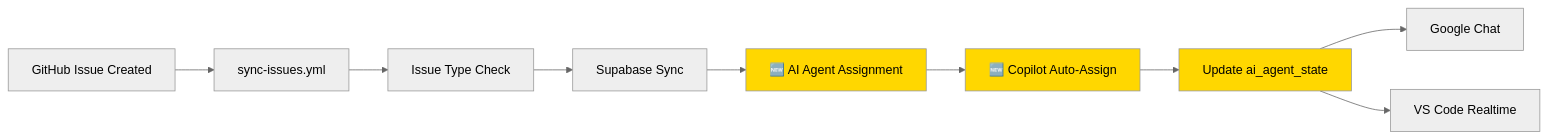
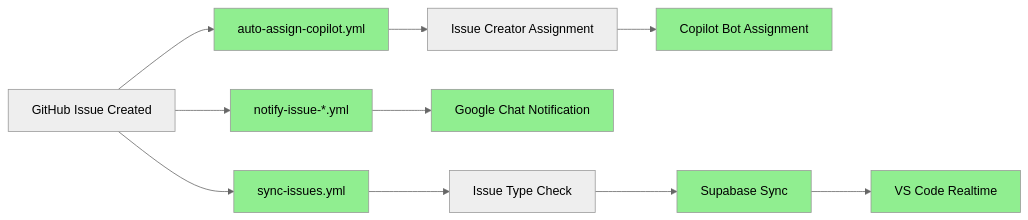
Before and after one commit to kenichimiyata/ai-automation-docs: the diagram in docs/workflow-architecture.md, drawn with Mermaid (neutral theme). The commit also changed other lines of this file, not shown here.

Commit message:
📝 Update workflow-architecture: Add workflow-status-check.yml

````diff
--- a/docs/workflow-architecture.md
+++ b/docs/workflow-architecture.md
@@ -190,15 +223,22 @@
 ```mermaid
 graph LR
-    A[GitHub Issue Created] --> B[sync-issues.yml]
-    B --> C[Issue Type Check]
-    C --> D[Supabase Sync]
-    D --> E[🆕 AI Agent Assignment]
-    E --> F[🆕 Copilot Auto-Assign]
-    F --> G[Update ai_agent_state]
-    G --> H[Google Chat]
-    G --> I[VS Code Realtime]
+    A[GitHub Issue Created] --> B[auto-assign-copilot.yml]
+    B --> C[Issue Creator Assignment]
+    C --> D[Copilot Bot Assignment]
     
-    style E fill:#FFD700
-    style F fill:#FFD700
-    style G fill:#FFD700
+    A --> E[notify-issue-*.yml]
+    E --> F[Google Chat Notification]
+    
+    A --> G[sync-issues.yml]
+    G --> H[Issue Type Check]
+    H --> I[Supabase Sync]
+    I --> J[VS Code Realtime]
+    
+    style B fill:#90EE90
+    style D fill:#90EE90
+    style E fill:#90EE90
+    style F fill:#90EE90
+    style G fill:#90EE90
+    style I fill:#90EE90
+    style J fill:#90EE90
 ```
````
